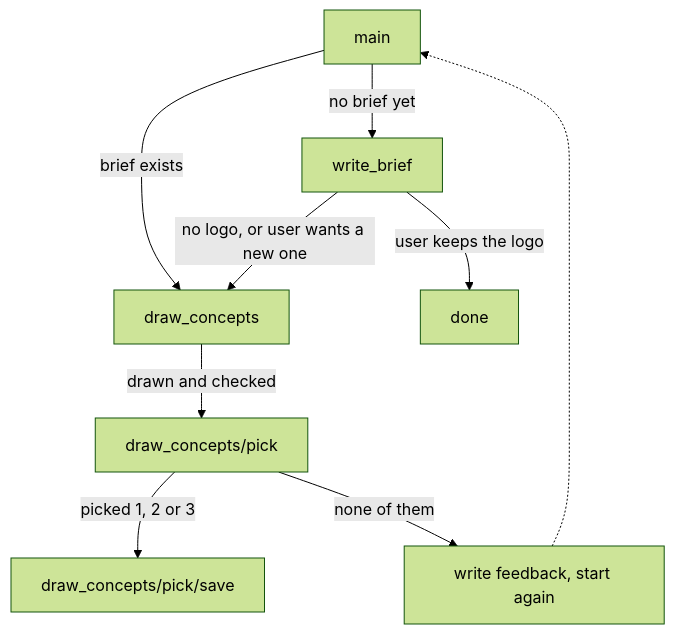
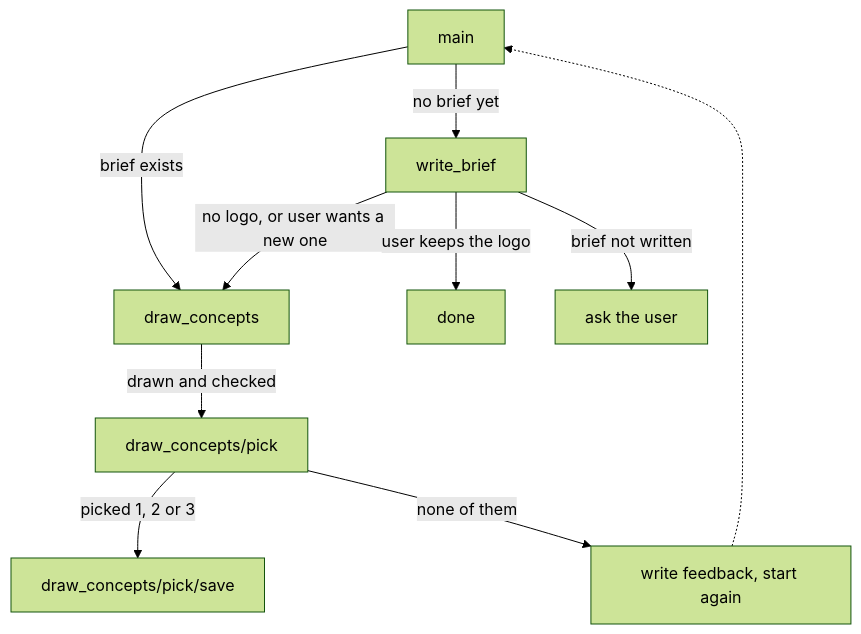
The diagram in docs/examples/logo-creation.md (rein-lang/rein-lang.com), drawn with Mermaid (forest theme) before and after one commit. The commit also changed other lines of this file and 1 other file, not shown here.

````diff
--- a/docs/examples/logo-creation.md
+++ b/docs/examples/logo-creation.md
@@ -41,11 +41,12 @@
 ```mermaid
 flowchart TD
     M["main"] -- "no brief yet" --> B["write_brief"]
     M -- "brief exists" --> C["draw_concepts"]
     B -- "no logo, or user wants a new one" --> C
     B -- "user keeps the logo" --> K["done"]
+    B -- "brief not written" --> Q["ask the user"]
     C -- "drawn and checked" --> P["draw_concepts/pick"]
     P -- "picked 1, 2 or 3" --> S["draw_concepts/pick/save"]
     P -- "none of them" --> F["write feedback, start again"]
     F -.-> M
 ```
````
